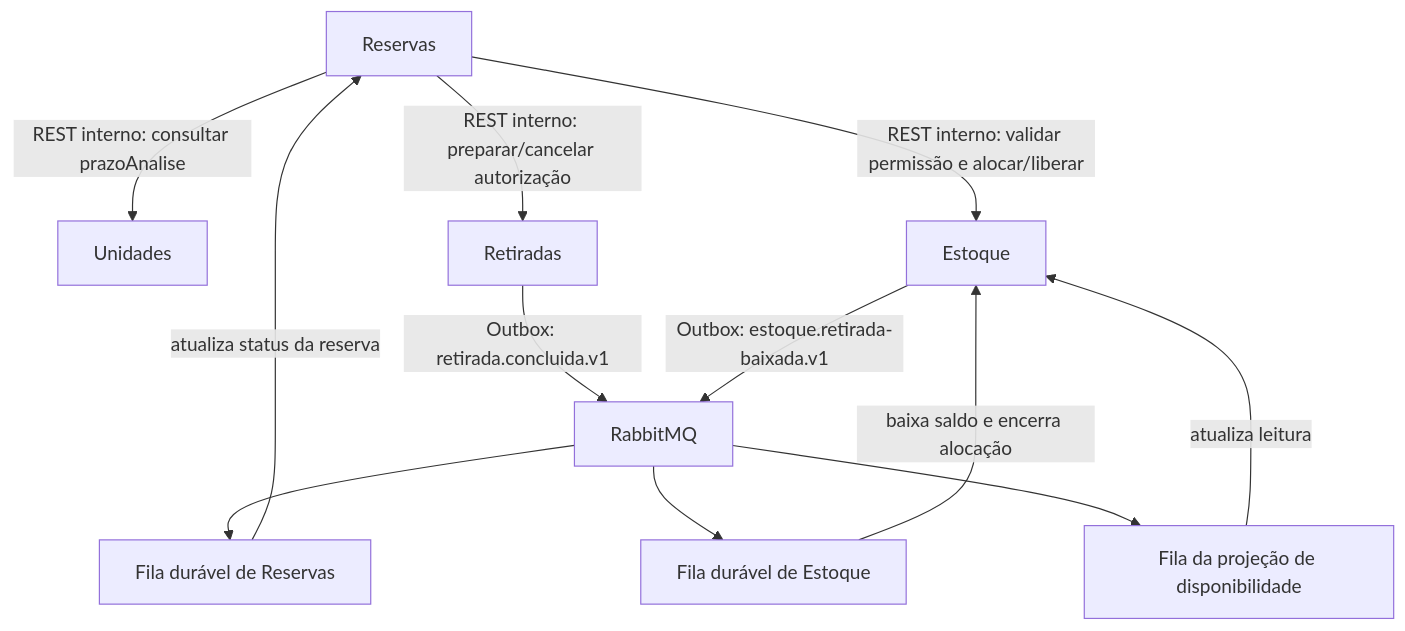
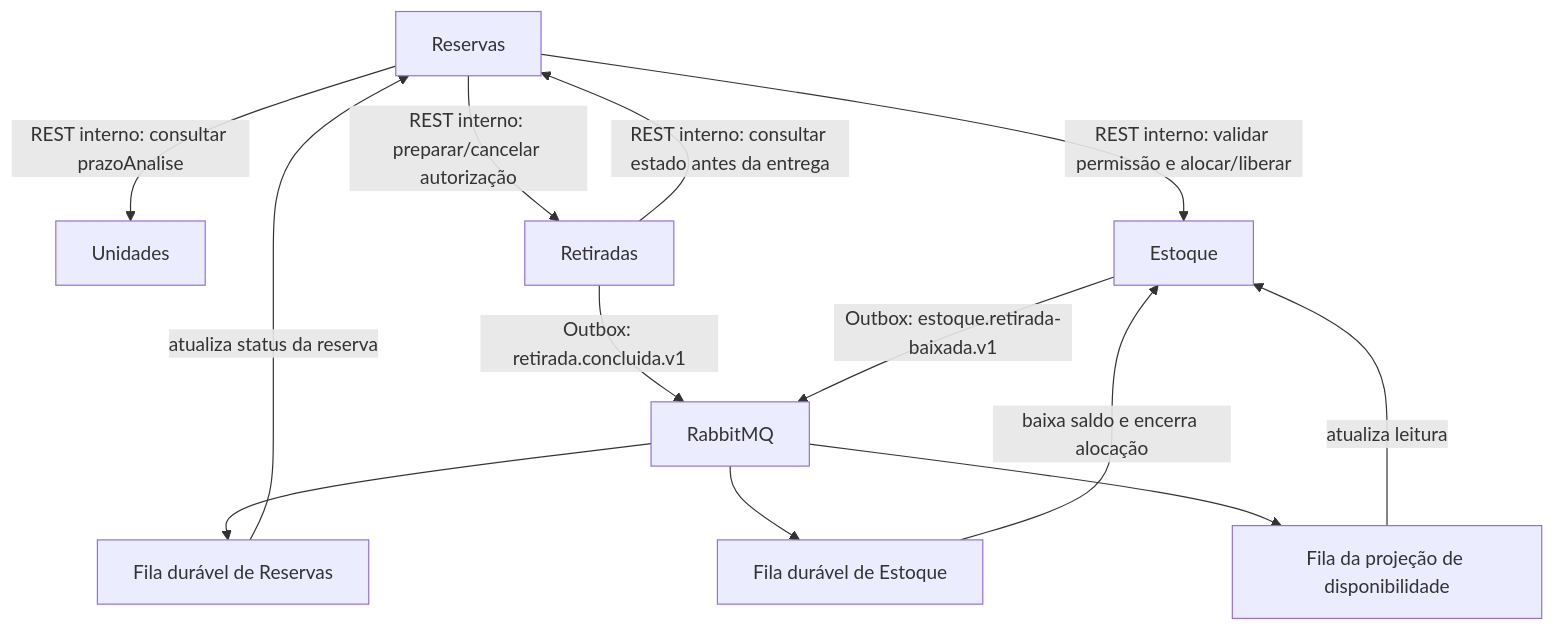
Before and after one commit to ArthurDp78/GlicoAcesso: the second of 3 diagrams in docs/parte-2/02-api-gateway.md, drawn with Mermaid. The commit also changed other lines of this file and 12 other files, not shown here.

````diff
--- a/docs/parte-2/02-api-gateway.md
+++ b/docs/parte-2/02-api-gateway.md
@@ -78,23 +78,24 @@
 ```mermaid
 flowchart TB
     R["Reservas"]
     U["Unidades"]
     E["Estoque"]
     T["Retiradas"]
     MQ["RabbitMQ"]
     Qr["Fila durável de Reservas"]
     Qe["Fila durável de Estoque"]
     Qp["Fila da projeção de disponibilidade"]
 
     R -->|"REST interno: consultar prazoAnalise"| U
     R -->|"REST interno: validar permissão e alocar/liberar"| E
     R -->|"REST interno: preparar/cancelar autorização"| T
+    T -->|"REST interno: consultar estado antes da entrega"| R
     T -->|"Outbox: retirada.concluida.v1"| MQ
     MQ --> Qr
     MQ --> Qe
     Qr -->|"atualiza status da reserva"| R
     Qe -->|"baixa saldo e encerra alocação"| E
     E -->|"Outbox: estoque.retirada-baixada.v1"| MQ
     MQ --> Qp
     Qp -->|"atualiza leitura"| E
 ```
````
